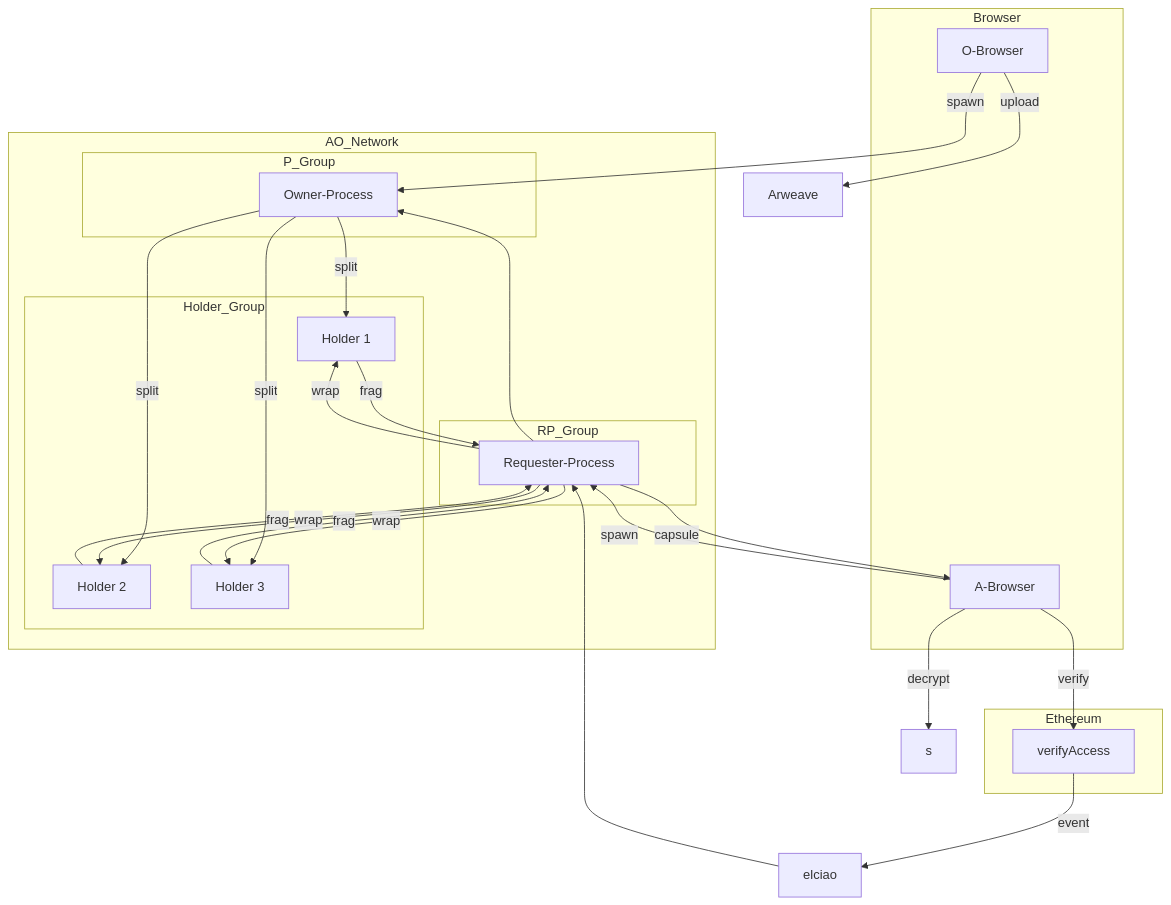
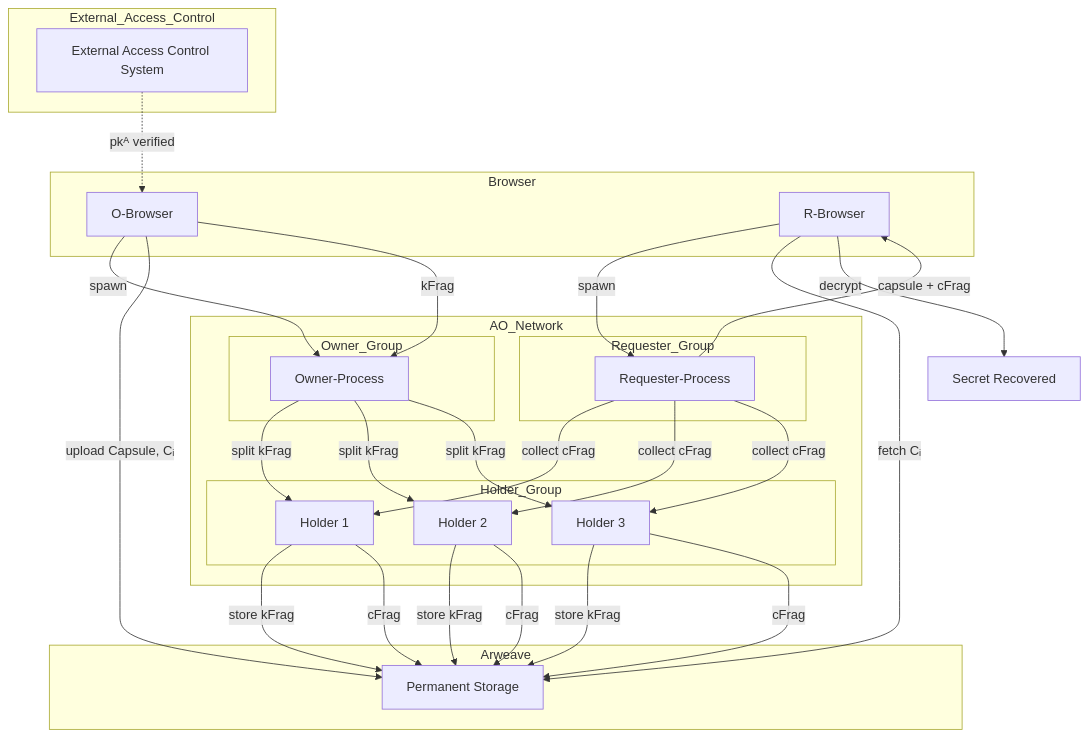
The diagram in docs/PRD.md (shodaimomiyama/D-TPRES), drawn with Mermaid before and after one commit. The commit also changed other lines of this file, not shown here.

````diff
--- a/docs/PRD.md
+++ b/docs/PRD.md
@@ -162,38 +114,42 @@
 ```mermaid
 flowchart TD
     subgraph Browser
         OB[O-Browser]
-        AB[A-Browser]
+        RB[R-Browser]
     end
 
-    subgraph Ethereum
-        SC[verifyAccess]
+    subgraph External_Access_Control
+        EXT[External Access Control System]
     end
 
     subgraph AO_Network
-        subgraph P_Group
+        subgraph Owner_Group
             PO[Owner-Process]
         end
-        subgraph RP_Group
+        subgraph Requester_Group
             RP[Requester-Process]
         end
         subgraph Holder_Group
             H1[Holder 1]
             H2[Holder 2]
             H3[Holder 3]
         end
     end
 
+    subgraph Arweave
+        AR[Permanent Storage]
+    end
+
+    EXT -.->|pkᴬ verified| OB
     OB -->|spawn| PO
-    OB -->|upload| AR[Arweave]
-    AB -->|spawn| RP
-    AB -->|verify| SC
-    SC -->|event| elciao[elciao]
-    elciao --> RP
-    RP --> PO
-    PO -->|split| H1 & H2 & H3
-    RP -->|wrap| H1 & H2 & H3
-    H1 & H2 & H3 -->|frag| RP
-    RP -->|capsule| AB
-    AB -->|decrypt| s
+    OB -->|upload Capsule, Cᵢ| AR
+    RB -->|spawn| RP
+    OB -->|kFrag| PO
+    PO -->|split kFrag| H1 & H2 & H3
+    H1 & H2 & H3 -->|store kFrag| AR
+    H1 & H2 & H3 -->|cFrag| AR
+    RP -->|collect cFrag| H1 & H2 & H3
+    RP -->|capsule + cFrag| RB
+    RB -->|fetch Cᵢ| AR
+    RB -->|decrypt| s[Secret Recovered]
 ```
````
